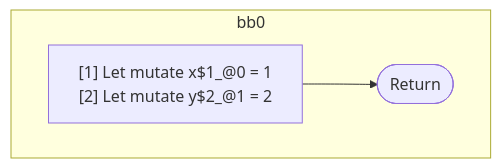
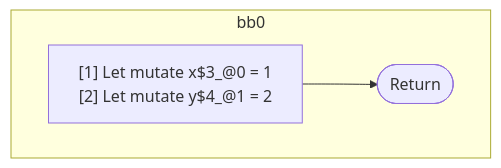
The diagram in compiler/forget/src/__tests__/fixtures/hir/ssa-simple.expect.md (wutsmog/private), drawn with Mermaid before and after one commit. The commit also changed other lines of this file and 59 other files, not shown here.

````diff
--- a/compiler/forget/src/__tests__/fixtures/hir/ssa-simple.expect.md
+++ b/compiler/forget/src/__tests__/fixtures/hir/ssa-simple.expect.md
@@ -23,14 +23,14 @@
 ```mermaid
 flowchart TB
   %% Basic Blocks
   subgraph bb0
     bb0_instrs["
-      [1] Let mutate x$1_@0 = 1
-      [2] Let mutate y$2_@1 = 2
+      [1] Let mutate x$3_@0 = 1
+      [2] Let mutate y$4_@1 = 2
     "]
     bb0_instrs --> bb0_terminal(["Return"])
   end
 
   %% Jumps
   %% empty
 ```
````
